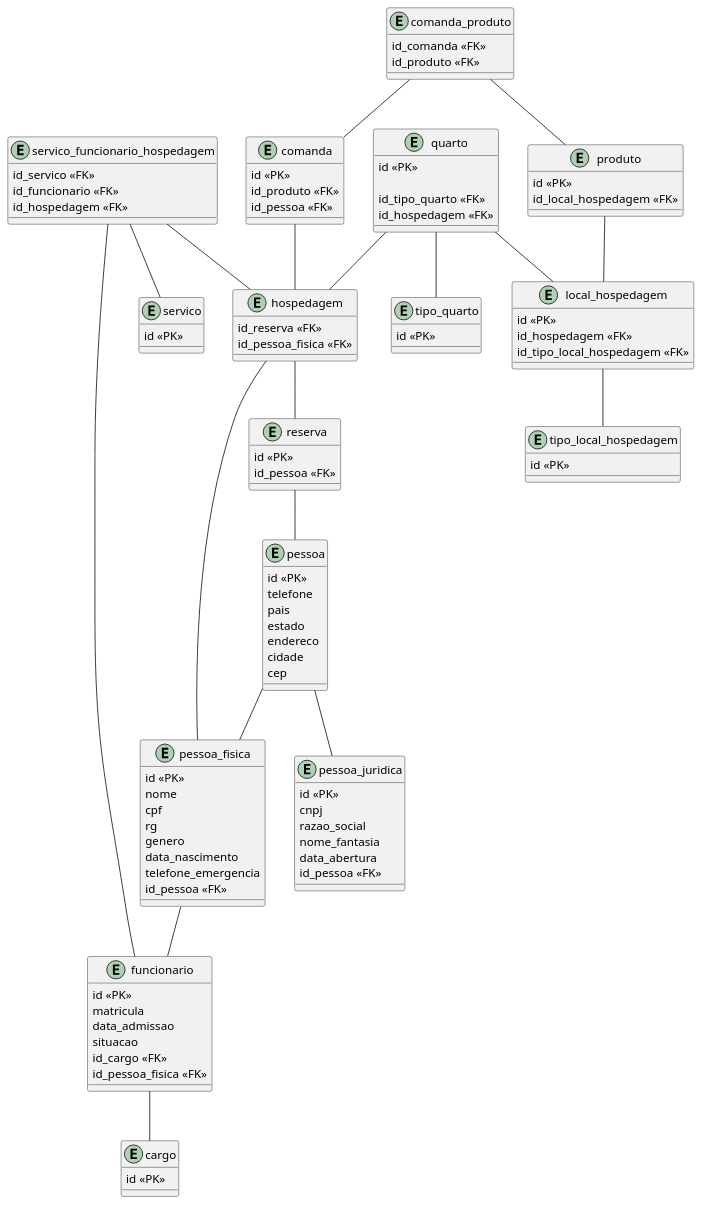
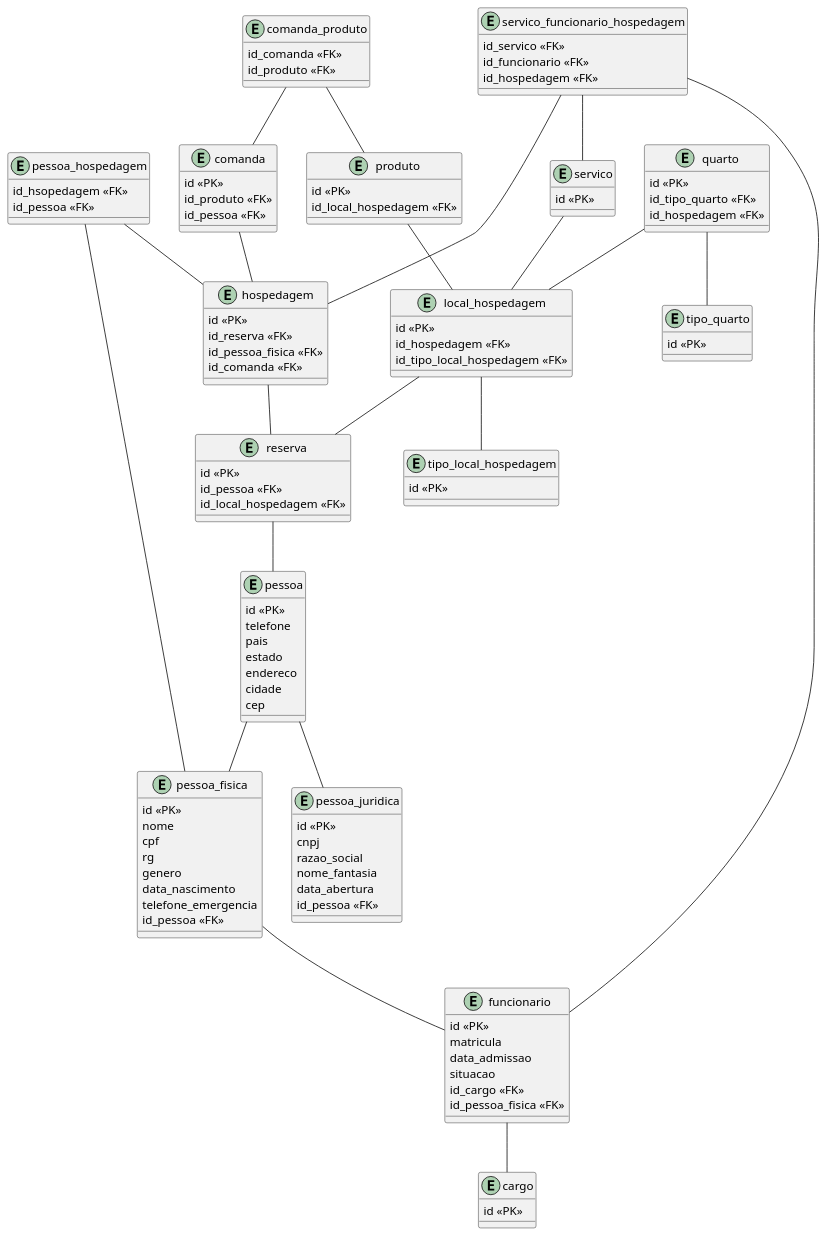
Before and after one commit to Berjooj/Pratica-DB-A1-N1: the diagram in Hospedagem.plantuml, drawn with PlantUML.

Commit message:
Alterações professor PlantUML

```diff
--- a/Hospedagem.plantuml
+++ b/Hospedagem.plantuml
@@ -1,132 +1,143 @@
 @startuml Hospedagem
 
 entity pessoa{
     id <<PK>>
     telefone
     pais
     estado
     endereco
     cidade
     cep
 }
 
 entity pessoa_fisica{
     id <<PK>>
     nome
     cpf
     rg
     genero
     data_nascimento
     telefone_emergencia
     id_pessoa <<FK>>
 }
 
 entity pessoa_juridica{
     id <<PK>>
     cnpj
     razao_social
     nome_fantasia
     data_abertura
     id_pessoa <<FK>>
 }
 
 entity cargo{
     id <<PK>>
 }
 
 entity funcionario{
     id <<PK>>
     matricula
     data_admissao
     situacao
     id_cargo <<FK>>
     id_pessoa_fisica <<FK>>
 }
 
 entity reserva{
     id <<PK>>
     id_pessoa <<FK>>
+    id_local_hospedagem <<FK>>
 }
 
 entity hospedagem{
+    id <<PK>>
     id_reserva <<FK>>
     id_pessoa_fisica <<FK>>
+    id_comanda <<FK>>
 }
 
 entity tipo_local_hospedagem{
     id <<PK>>
 }
 
 entity local_hospedagem{
     id <<PK>>
     id_hospedagem <<FK>>
     id_tipo_local_hospedagem <<FK>>
 }
 
 entity tipo_quarto{
     id <<PK>>
 }
 
 entity quarto{
     id <<PK>>
-
     id_tipo_quarto <<FK>>
     id_hospedagem <<FK>>
 }
 
 entity servico{
     id <<PK>>
 }
 
 entity servico_funcionario_hospedagem{
     id_servico <<FK>>
     id_funcionario <<FK>>
     id_hospedagem <<FK>>
 }
 
 entity produto{
     id <<PK>>
     id_local_hospedagem <<FK>>
 }
 
 entity comanda_produto{
     id_comanda <<FK>>
     id_produto <<FK>>
 }
 
 entity comanda{
     id <<PK>>
     id_produto <<FK>>
     id_pessoa <<FK>>
 }
+entity pessoa_hospedagem{
+    id_hsopedagem <<FK>>
+    id_pessoa <<FK>>
+}
+
 
 pessoa -- pessoa_fisica
 pessoa -- pessoa_juridica
 
 pessoa_fisica -- funcionario
 
 funcionario -- cargo
 
 reserva -- pessoa
 
 hospedagem -- reserva
-hospedagem -- pessoa_fisica
 
 local_hospedagem -- tipo_local_hospedagem
+local_hospedagem -- reserva
 
 quarto -- tipo_quarto
 quarto -- local_hospedagem
-quarto -- hospedagem
 
 servico_funcionario_hospedagem -- servico
 servico_funcionario_hospedagem -- funcionario
 servico_funcionario_hospedagem -- hospedagem
+
+servico -- local_hospedagem
 
 produto -- local_hospedagem
 
 comanda -- hospedagem
 
 comanda_produto -- comanda
 comanda_produto -- produto
 
+pessoa_hospedagem -- hospedagem
+pessoa_hospedagem -- pessoa_fisica
+
 @enduml
```
